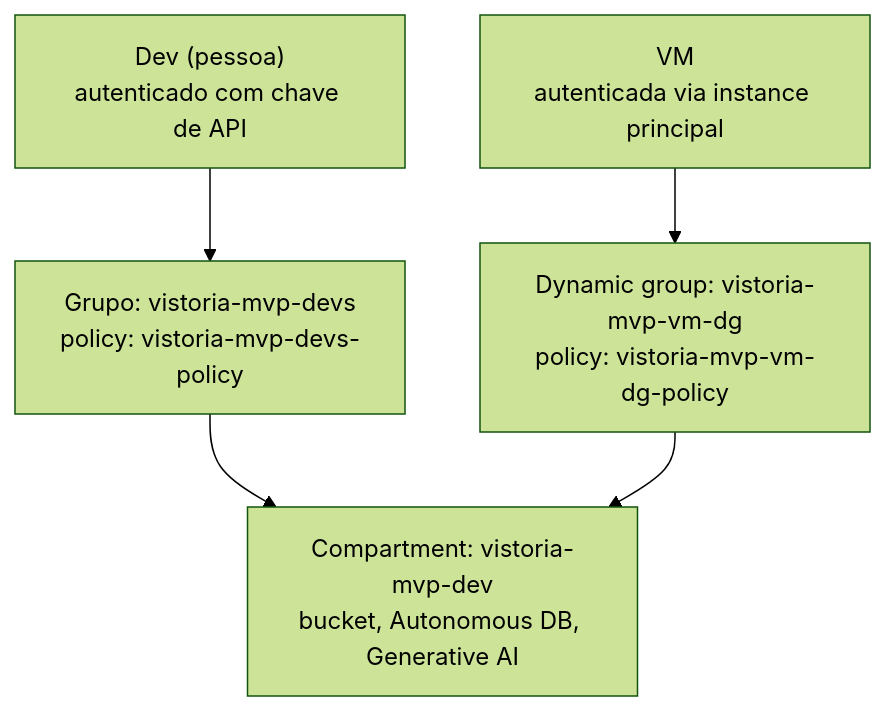
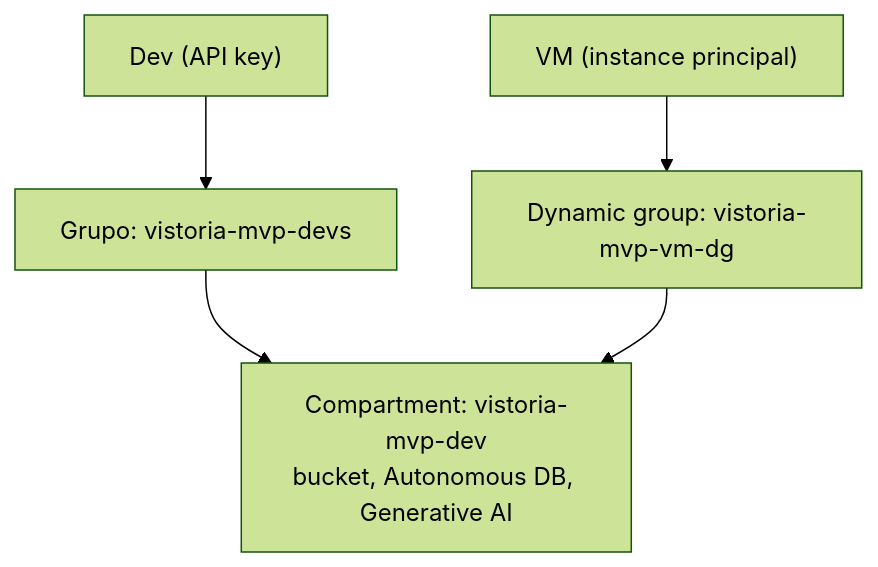
The third of 3 diagrams in README.md (IA-Vistoria/vistoria-mvp), drawn with Mermaid (forest theme) before and after one commit. The commit also changed other lines of this file, not shown here.

````diff
--- a/README.md
+++ b/README.md
@@ -149,8 +87,7 @@
 ```mermaid
 flowchart TD
-    Dev["Dev (pessoa)<br/>autenticado com chave de API"] --> GroupDevs["Grupo: vistoria-mvp-devs<br/>policy: vistoria-mvp-devs-policy"]
-    VM["VM<br/>autenticada via instance principal"] --> DG["Dynamic group: vistoria-mvp-vm-dg<br/>policy: vistoria-mvp-vm-dg-policy"]
-
+    Dev["Dev (API key)"] --> GroupDevs["Grupo: vistoria-mvp-devs"]
+    VM["VM (instance principal)"] --> DG["Dynamic group: vistoria-mvp-vm-dg"]
     GroupDevs --> Compartment["Compartment: vistoria-mvp-dev<br/>bucket, Autonomous DB, Generative AI"]
     DG --> Compartment
 ```
````
